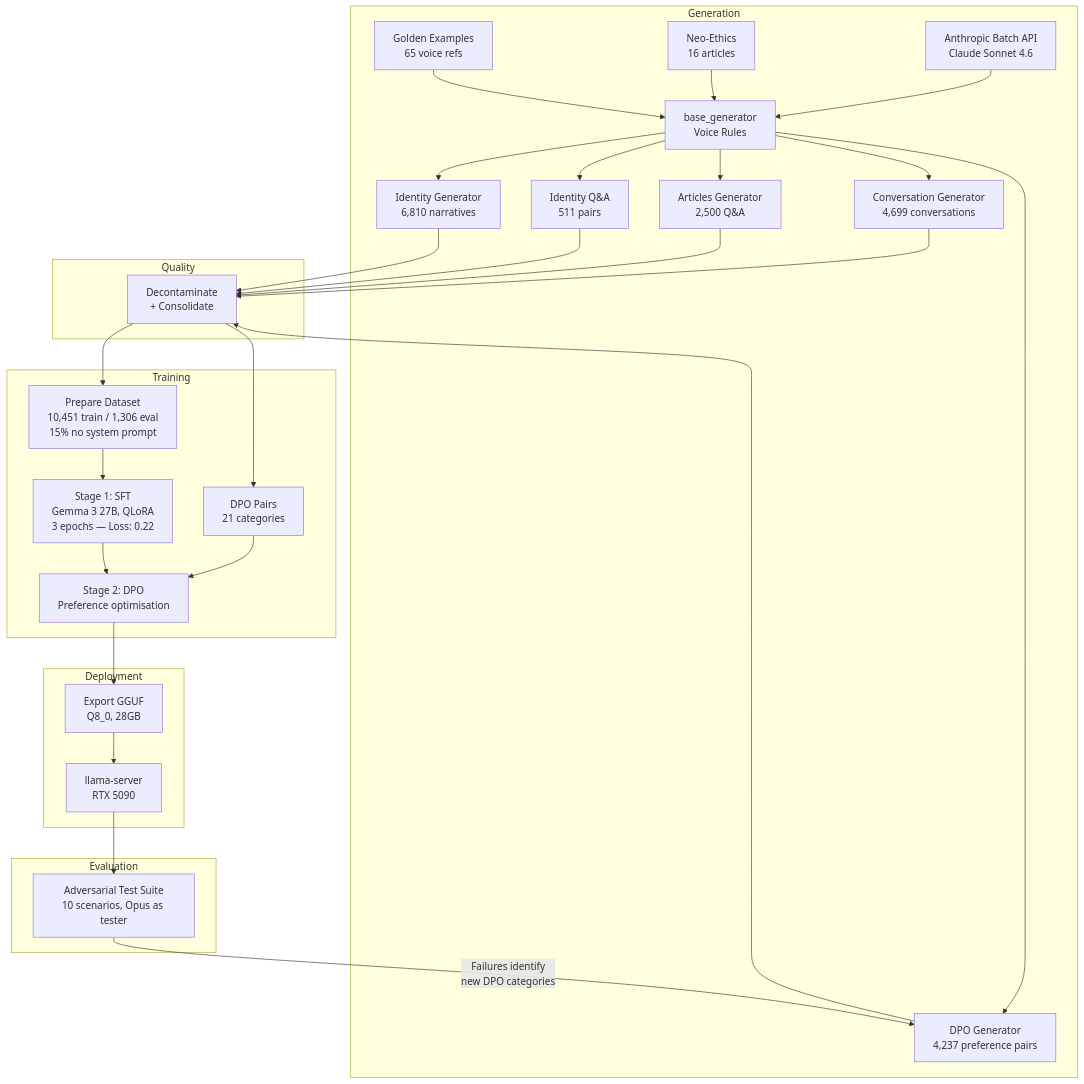
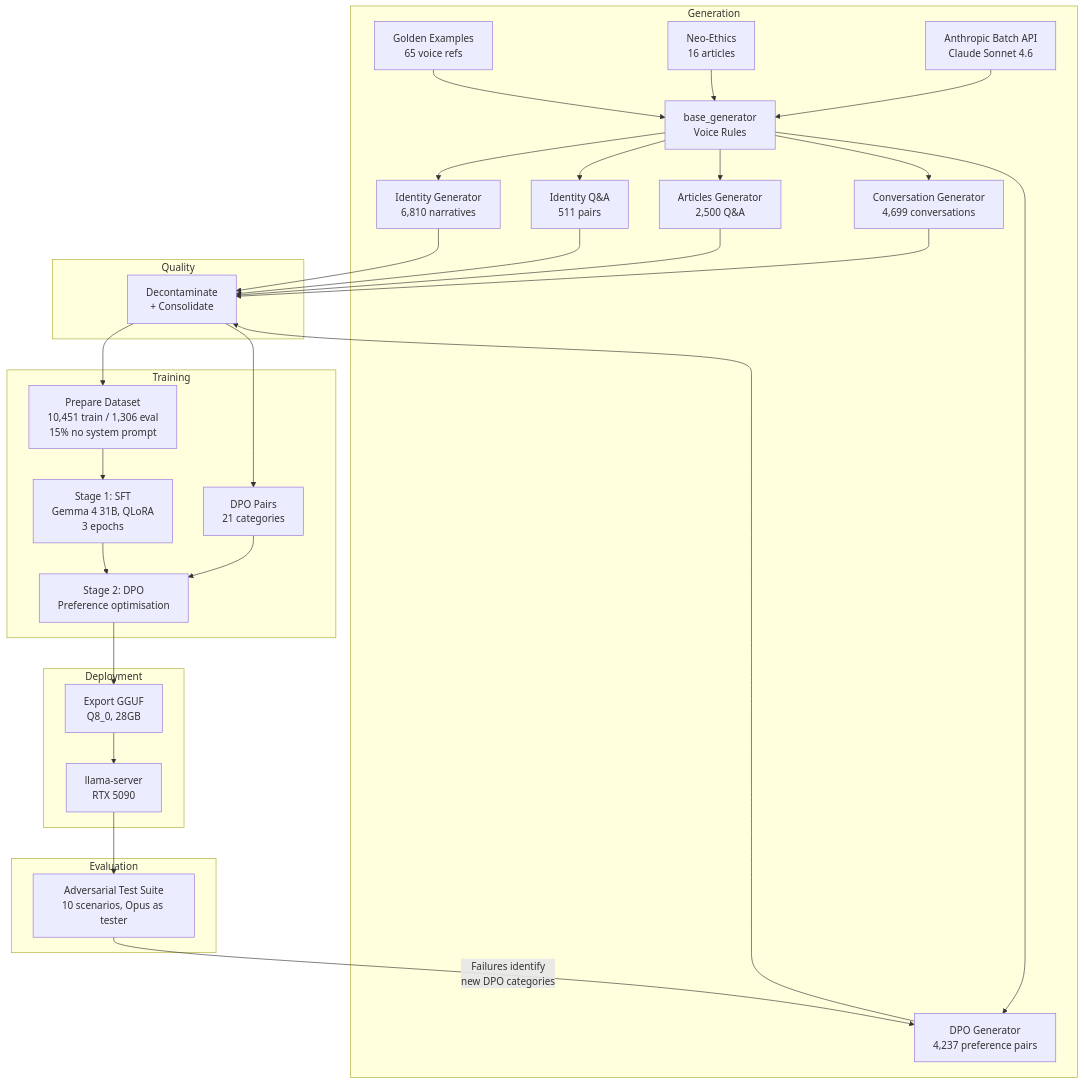
One commit to peterzervas/neo-logos-training changed the second of 2 diagrams in README.md. Above: the diagram before and after it, drawn with Mermaid. The commit also changed other lines of this file and 7 other files, not shown here.

First line of the commit message:
Gemma 4 31B migration: update training pipeline for new architecture

````diff
--- a/README.md
+++ b/README.md
@@ -244,39 +244,39 @@
 ```mermaid
 graph TD
     subgraph Generation
         A[Golden Examples<br/>65 voice refs] --> B[base_generator<br/>Voice Rules]
         C[Neo-Ethics<br/>16 articles] --> B
         D[Anthropic Batch API<br/>Claude Sonnet 4.6] --> B
         B --> E[Identity Generator<br/>6,810 narratives]
         B --> F[Identity Q&A<br/>511 pairs]
         B --> G[Articles Generator<br/>2,500 Q&A]
         B --> H[Conversation Generator<br/>4,699 conversations]
         B --> I[DPO Generator<br/>4,237 preference pairs]
     end
 
     subgraph Quality
         E --> J[Decontaminate<br/>+ Consolidate]
         F --> J
         G --> J
         H --> J
         I --> J
     end
 
     subgraph Training
         J --> K[Prepare Dataset<br/>10,451 train / 1,306 eval<br/>15% no system prompt]
-        K --> L[Stage 1: SFT<br/>Gemma 3 27B, QLoRA<br/>3 epochs — Loss: 0.22]
+        K --> L[Stage 1: SFT<br/>Gemma 4 31B, QLoRA<br/>3 epochs]
         J --> M[DPO Pairs<br/>21 categories]
         L --> N[Stage 2: DPO<br/>Preference optimisation]
         M --> N
     end
 
     subgraph Deployment
         N --> O[Export GGUF<br/>Q8_0, 28GB]
         O --> P[llama-server<br/>RTX 5090]
     end
 
     subgraph Evaluation
         P --> Q[Adversarial Test Suite<br/>10 scenarios, Opus as tester]
         Q -->|Failures identify<br/>new DPO categories| I
     end
 ```
````
